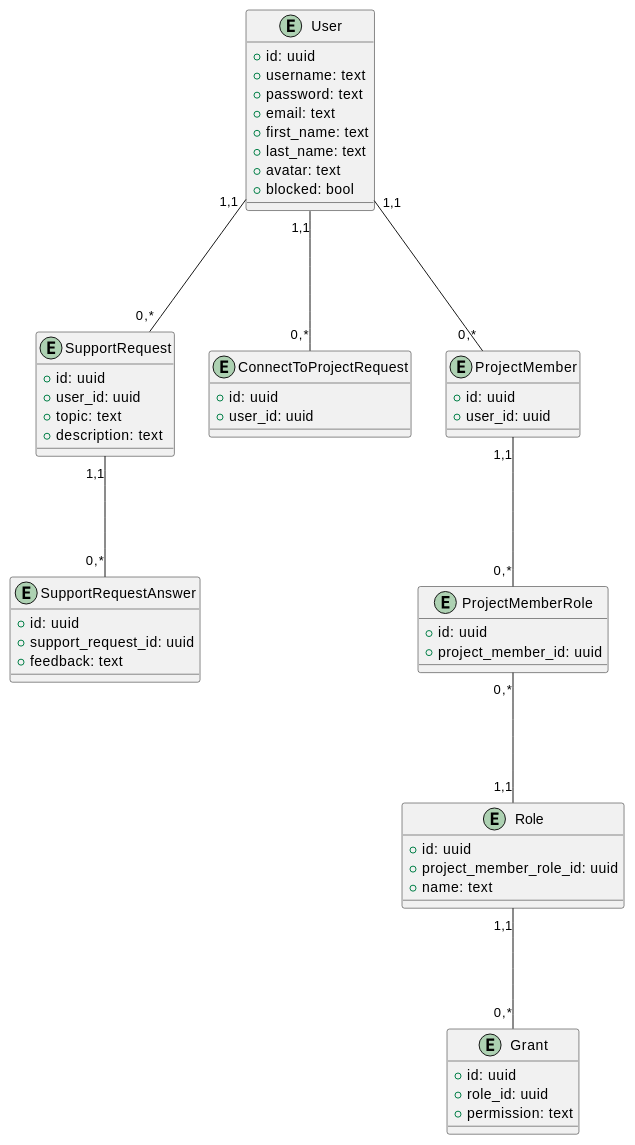
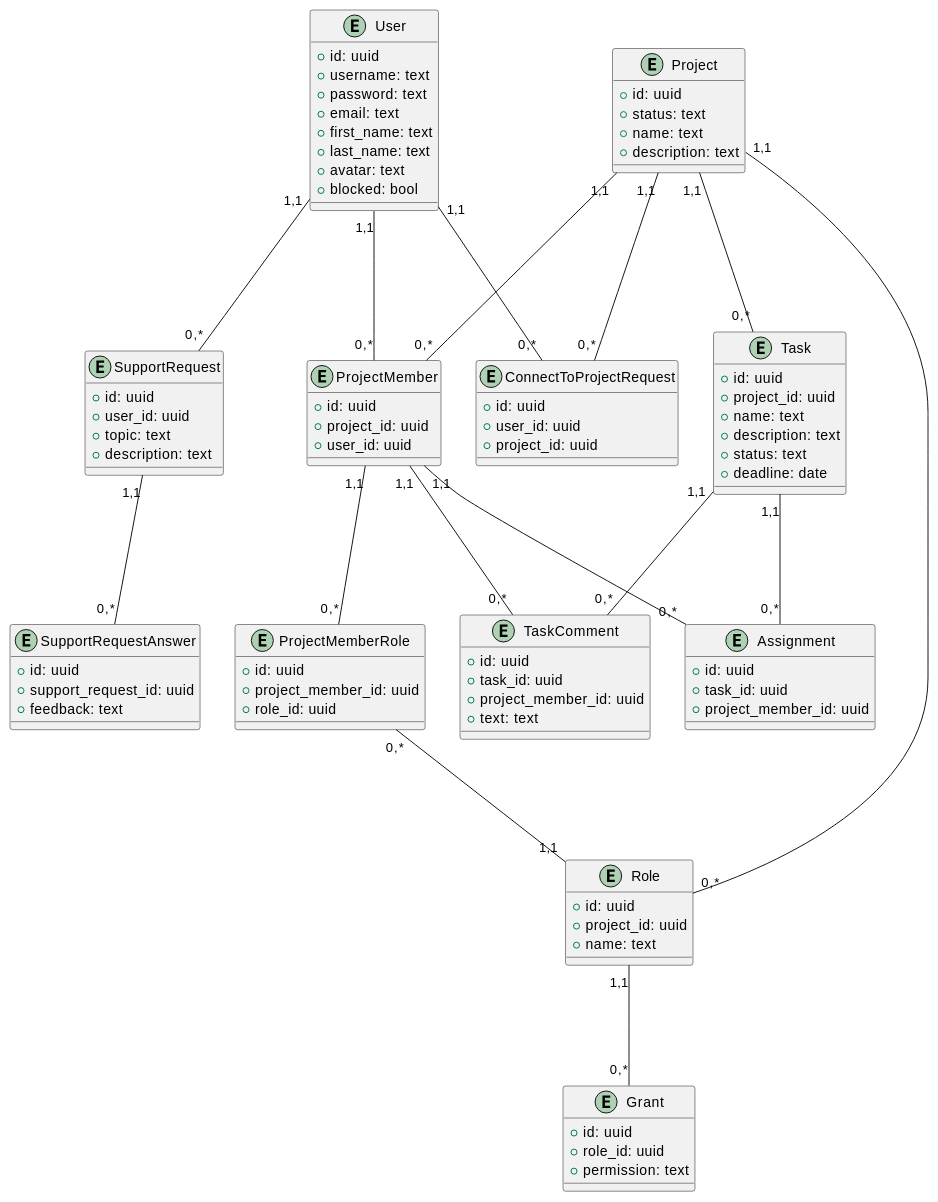
Before and after one commit to wiiiolettaaaaa/coursework_database: the second of 2 diagrams in docs/design/README.md, drawn with PlantUML. The commit also changed other lines of this file, not shown here.

Commit message:
documentation #44: write ER model part 2
closes #44

```diff
--- a/docs/design/README.md
+++ b/docs/design/README.md
@@ -174,21 +179,24 @@
 entity ConnectToProjectRequest {
 +id: uuid
 +user_id: uuid
++project_id: uuid
 }
 
 entity ProjectMember {
 +id: uuid
++project_id: uuid
 +user_id: uuid
 }
 
 entity ProjectMemberRole {
 +id: uuid
 +project_member_id: uuid
++role_id: uuid
 }
 
 entity Role {
 +id: uuid
-+project_member_role_id: uuid
++project_id: uuid
 +name: text
 }
 
@@ -198,6 +206,35 @@
 +permission: text
 }
 
+entity Project {
++id: uuid
++status: text
++name: text
++description: text
+}
+
+entity Task {
++id: uuid
++project_id: uuid
++name: text
++description: text
++status: text
++deadline: date
+}
+
+entity TaskComment {
++id: uuid
++task_id: uuid
++project_member_id: uuid
++text: text
+}
+
+entity Assignment {
++id: uuid
++task_id: uuid
++project_member_id: uuid
+}
+
 User "1,1" --d- "0,*" SupportRequest
 User "1,1" --d- "0,*" ConnectToProjectRequest
 User "1,1" --d- "0,*" ProjectMember
@@ -205,9 +242,19 @@
 SupportRequest "1,1" --d- "0,*" SupportRequestAnswer
 
 ProjectMember "1,1" --d- "0,*" ProjectMemberRole
+ProjectMember "1,1" --d- "0,*" Assignment
 
 ProjectMemberRole "0,*" --d- "1,1" Role
 
 Role "1,1" --d- "0,*" Grant
 
+Project "1,1"  --d- "0,*" ProjectMember
+Project "1,1"  --d- "0,*" Role
+Project "1,1"  --d- "0,*" ConnectToProjectRequest
+Project "1,1"  --d- "0,*" Task
+
+Task "1,1" --d- "0,*" TaskComment
+Task "1,1" --d- "0,*" Assignment
+TaskComment "0,*" --u- "1,1" ProjectMember
+
 @enduml
```
